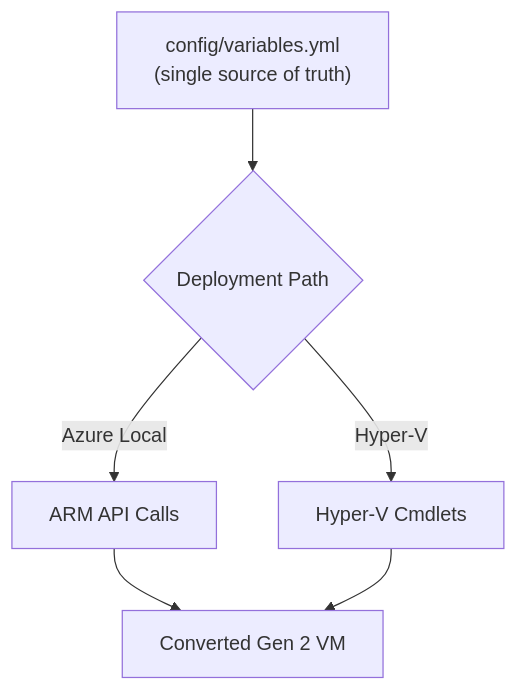
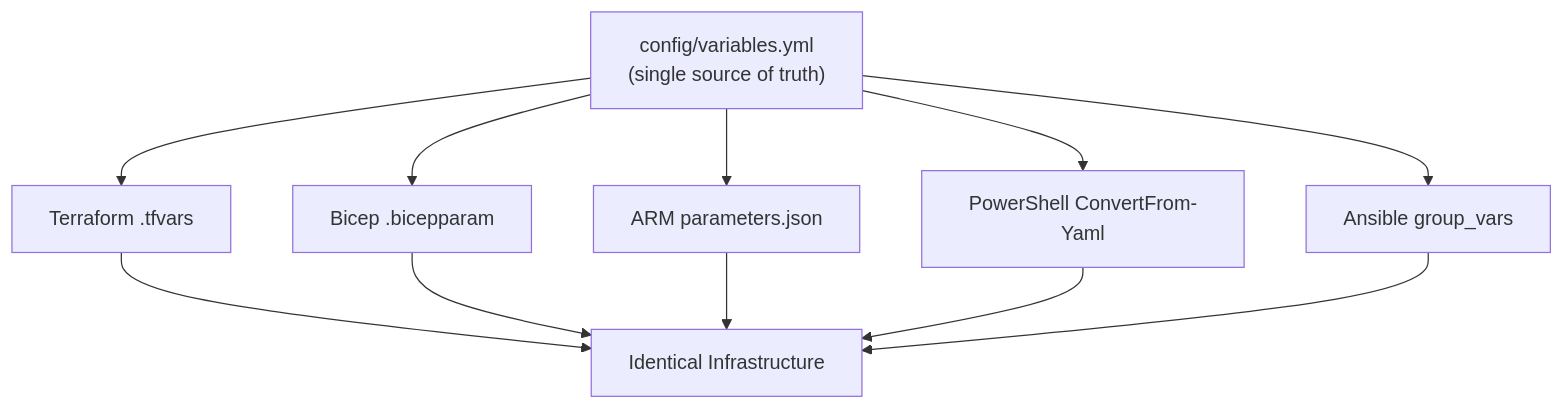
The diagram in docs/standards/automation.md (AzureLocal/azurelocal-vm-conversion-toolkit), drawn with Mermaid before and after one commit. The commit also changed other lines of this file and 8 other files, not shown here.

````diff
--- a/docs/standards/automation.md
+++ b/docs/standards/automation.md
@@ -17,8 +17,13 @@
 ```mermaid
 flowchart TB
-    A["config/variables.yml<br/>(single source of truth)"] --> B{Deployment Path}
-    B -->|Azure Local| C[ARM API Calls]
-    B -->|Hyper-V| D[Hyper-V Cmdlets]
-    C --> E[Converted Gen 2 VM]
-    D --> E
+    A["config/variables.yml<br/>(single source of truth)"] --> B[Terraform .tfvars]
+    A --> C[Bicep .bicepparam]
+    A --> D[ARM parameters.json]
+    A --> E[PowerShell ConvertFrom-Yaml]
+    A --> F[Ansible group_vars]
+    B --> G[Identical Infrastructure]
+    C --> G
+    D --> G
+    E --> G
+    F --> G
 ```
````
